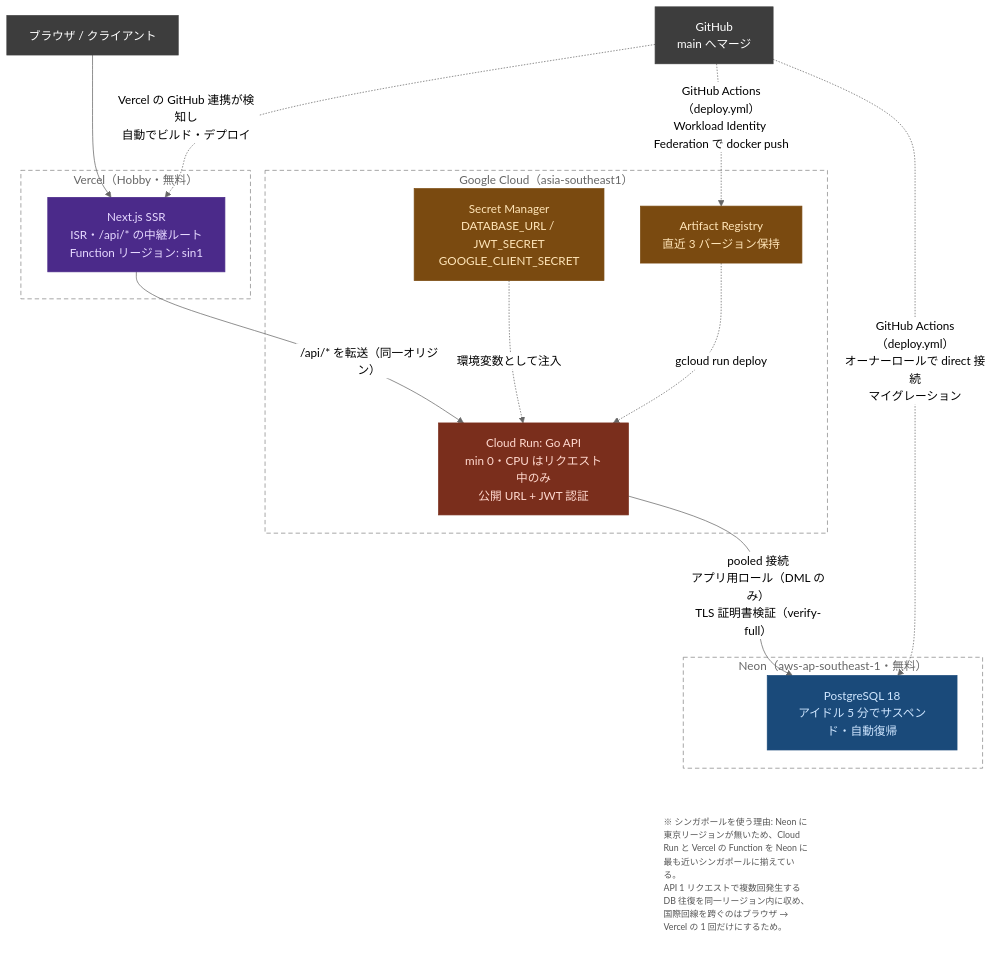
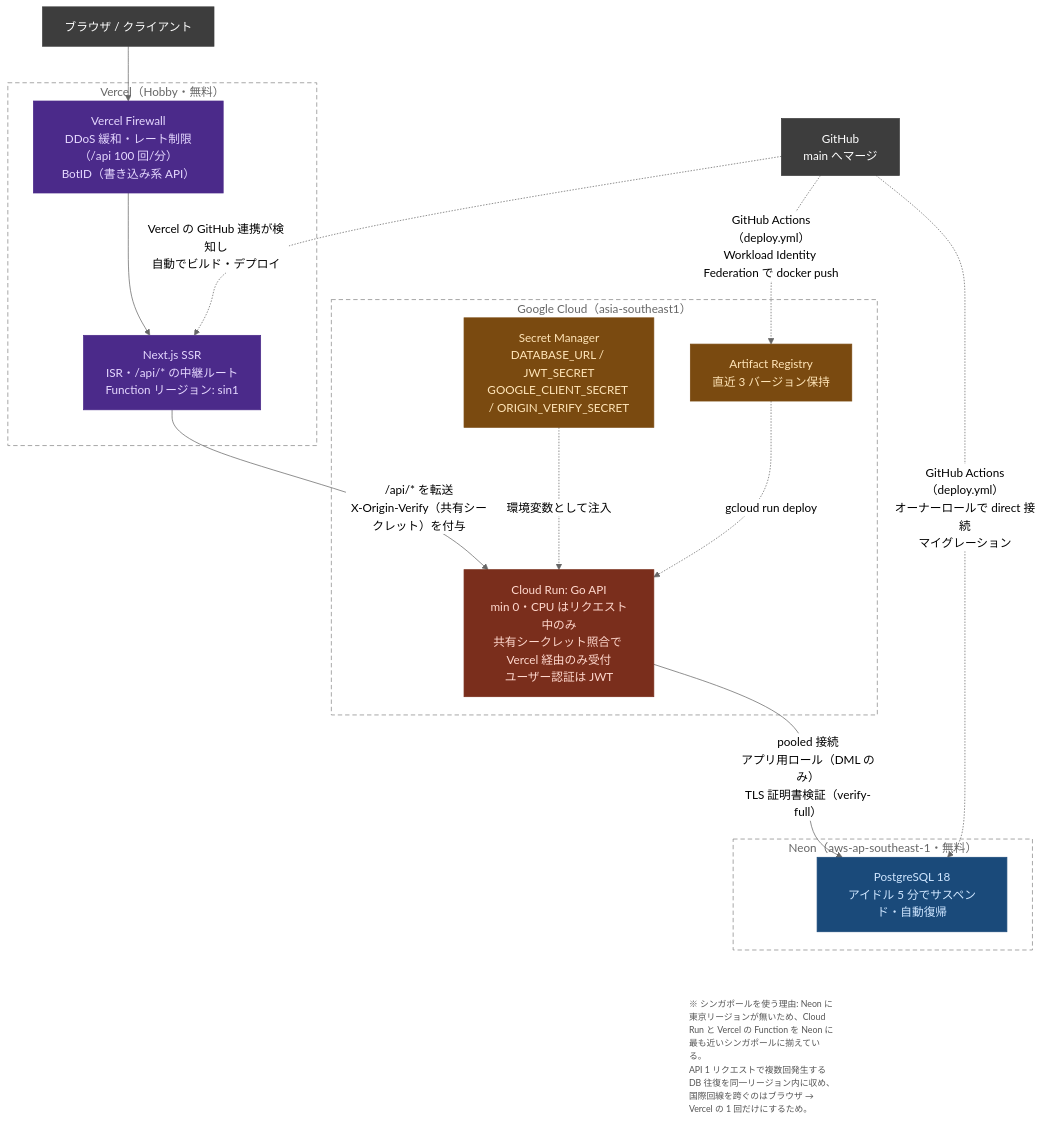
One commit to hiwa-tech-1223/VeganBite changed the diagram in docs/architecture.mmd. Above: the diagram before and after it, drawn with Mermaid (neutral theme). The commit also changed 3 other files, not shown here.

First line of the commit message:
docs: Vercel 経由のみの受付と Bot 対策を README と構成図に反映

```diff
--- a/docs/architecture.mmd
+++ b/docs/architecture.mmd
@@ -1,53 +1,55 @@
 %% インフラ構成図のソース。docs/architecture.png はこのファイルから生成する（手順は infra/README.md）
 flowchart TB
     Browser["ブラウザ / クライアント"]
     GH["GitHub<br/>main へマージ"]
 
-    Browser --> Next
+    Browser --> FW
+    FW --> Next
 
     subgraph VercelBox["Vercel（Hobby・無料）"]
         Next["Next.js SSR<br/>ISR・/api/* の中継ルート<br/>Function リージョン: sin1"]
+        FW["Vercel Firewall<br/>DDoS 緩和・レート制限（/api 100 回/分）<br/>BotID（書き込み系 API）"]
     end
 
-    Next -- "/api/* を転送（同一オリジン）" --> Run
+    Next -- "/api/* を転送<br/>X-Origin-Verify（共有シークレット）を付与" --> Run
 
     subgraph GCPBox["Google Cloud（asia-southeast1）"]
-        Run["Cloud Run: Go API<br/>min 0・CPU はリクエスト中のみ<br/>公開 URL + JWT 認証"]
-        SM["Secret Manager<br/>DATABASE_URL / JWT_SECRET<br/>GOOGLE_CLIENT_SECRET"]
+        Run["Cloud Run: Go API<br/>min 0・CPU はリクエスト中のみ<br/>共有シークレット照合で Vercel 経由のみ受付<br/>ユーザー認証は JWT"]
+        SM["Secret Manager<br/>DATABASE_URL / JWT_SECRET<br/>GOOGLE_CLIENT_SECRET / ORIGIN_VERIFY_SECRET"]
         AR["Artifact Registry<br/>直近 3 バージョン保持"]
         SM -. "環境変数として注入" .-> Run
         AR -. "gcloud run deploy" .-> Run
     end
 
     Run -- "pooled 接続<br/>アプリ用ロール（DML のみ）<br/>TLS 証明書検証（verify-full）" --> PG
 
     subgraph NeonBox["Neon（aws-ap-southeast-1・無料）"]
         PG["PostgreSQL 18<br/>アイドル 5 分でサスペンド・自動復帰"]
     end
 
     GH -. "Vercel の GitHub 連携が検知し<br/>自動でビルド・デプロイ" .-> Next
     GH -. "GitHub Actions（deploy.yml）<br/>Workload Identity Federation で docker push" .-> AR
     GH -. "GitHub Actions（deploy.yml）<br/>オーナーロールで direct 接続<br/>マイグレーション" .-> PG
 
     %% 注釈（枠なし・小さめ）。PG の下に配置するため不可視リンクで繋ぐ
     Note["※ シンガポールを使う理由: Neon に東京リージョンが無いため、Cloud Run と Vercel の Function を Neon に最も近いシンガポールに揃えている。<br/>API 1 リクエストで複数回発生する DB 往復を同一リージョン内に収め、国際回線を跨ぐのはブラウザ → Vercel の 1 回だけにするため。"]
     Run ~~~ Note
     PG ~~~ Note
 
     classDef client fill:#3d3d3d,stroke:#3d3d3d,color:#fff
     classDef vercel fill:#4b2a8a,stroke:#4b2a8a,color:#e6d9ff
     classDef run fill:#7a2e1c,stroke:#7a2e1c,color:#ffd9cf
     classDef gcp fill:#7a4a10,stroke:#7a4a10,color:#ffe5b8
     classDef neon fill:#1a4a7a,stroke:#1a4a7a,color:#cfe6ff
 
     class Browser,GH client
-    class Next vercel
+    class Next,FW vercel
     class Run run
     class SM,AR gcp
     class PG neon
     classDef note fill:none,stroke:none,color:#555,font-size:12px,text-align:left
     class Note note
 
     style VercelBox fill:none,stroke:#888,stroke-dasharray:6 4,color:#666
     style GCPBox fill:none,stroke:#888,stroke-dasharray:6 4,color:#666
     style NeonBox fill:none,stroke:#888,stroke-dasharray:6 4,color:#666
```
